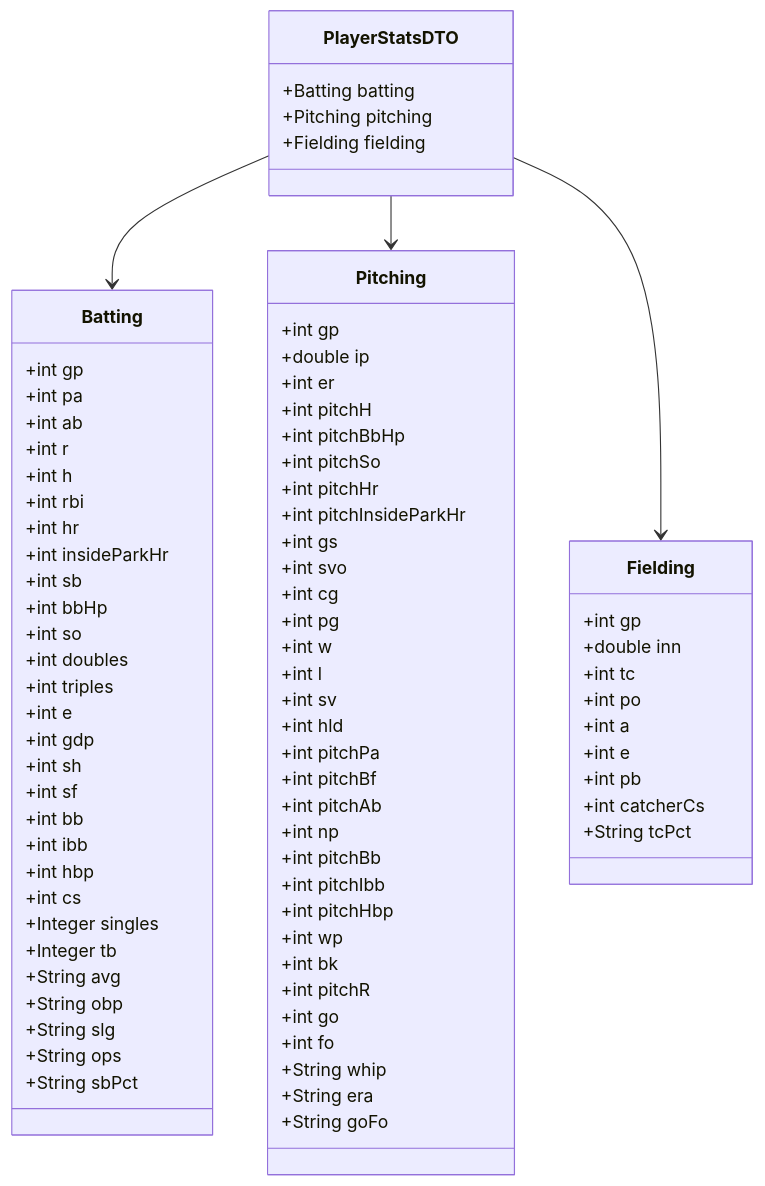
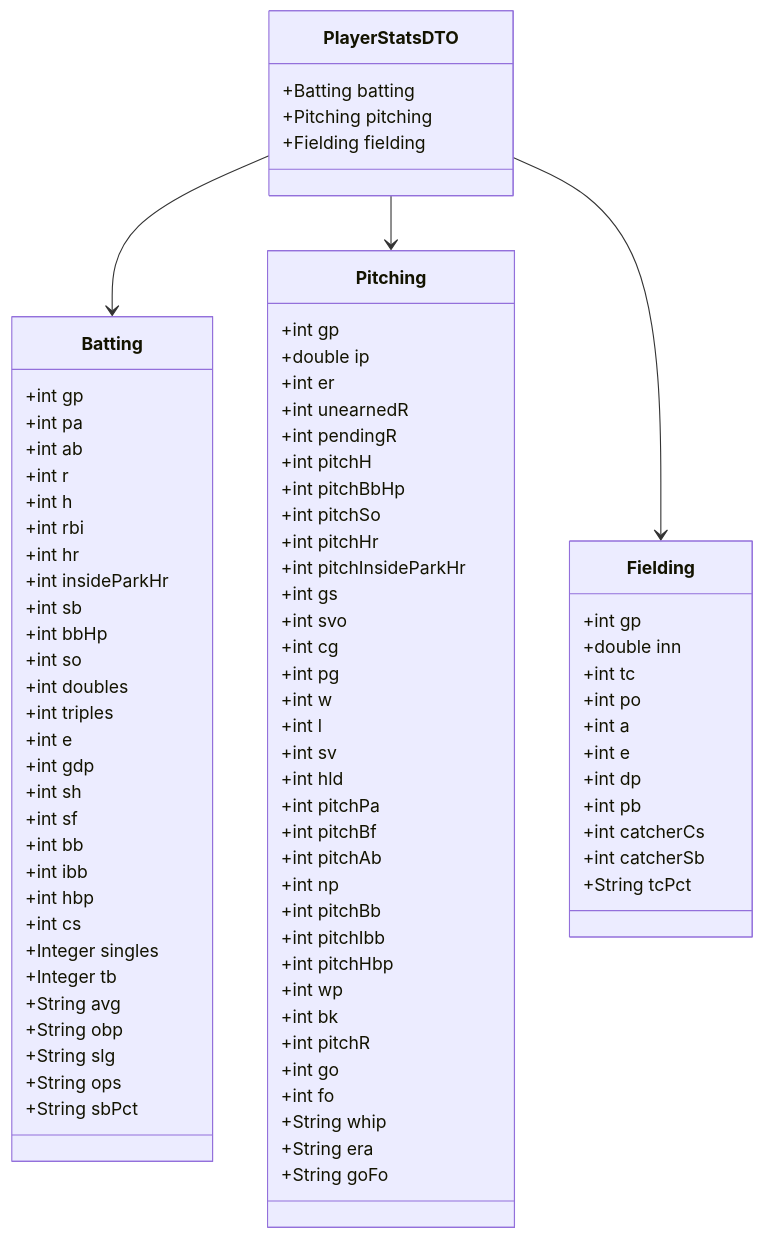
The fifth of 6 diagrams in docs/tech/数据模型设计/统计实体.md (skvan/bsdone), drawn with Mermaid before and after one commit. The commit also changed other lines of this file and 22 other files, not shown here.

```diff
--- a/docs/tech/数据模型设计/统计实体.md
+++ b/docs/tech/数据模型设计/统计实体.md
@@ -253,6 +253,8 @@
 +int gp
 +double ip
 +int er
++int unearnedR
++int pendingR
 +int pitchH
 +int pitchBbHp
 +int pitchSo
@@ -289,8 +291,10 @@
 +int po
 +int a
 +int e
++int dp
 +int pb
 +int catcherCs
++int catcherSb
 +String tcPct
 }
 PlayerStatsDTO --> Batting
```
